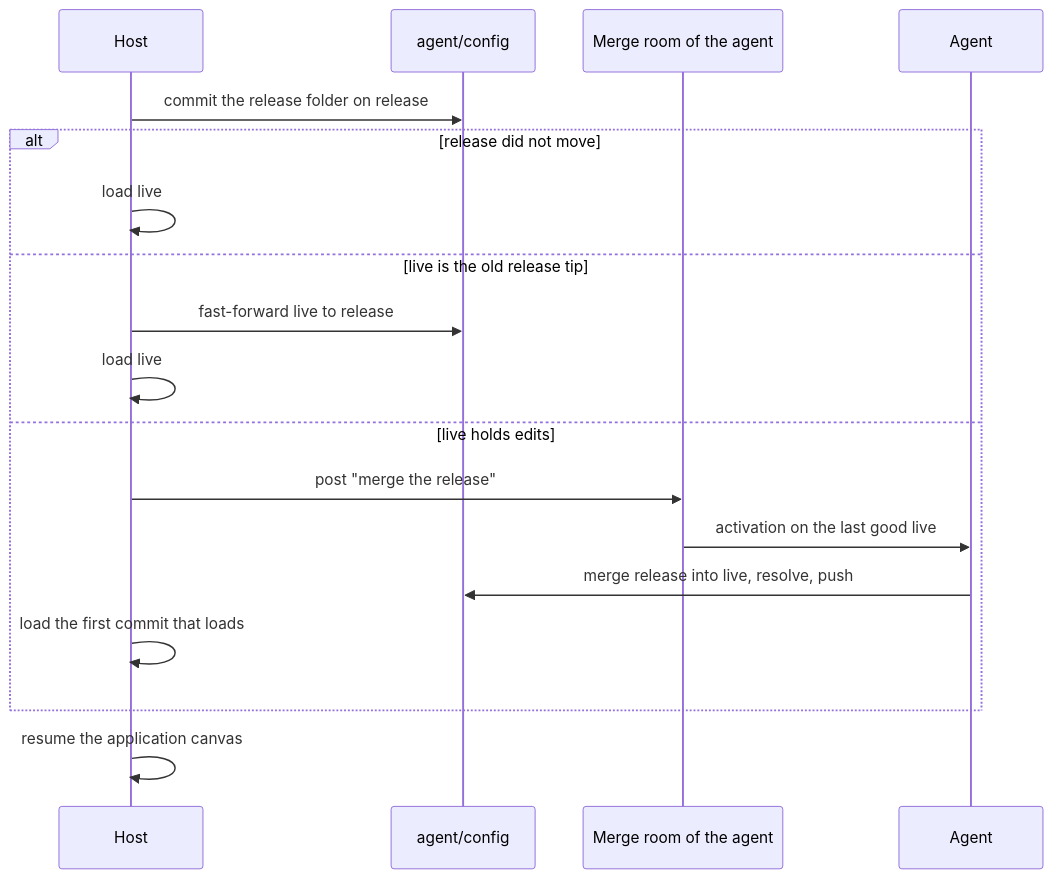
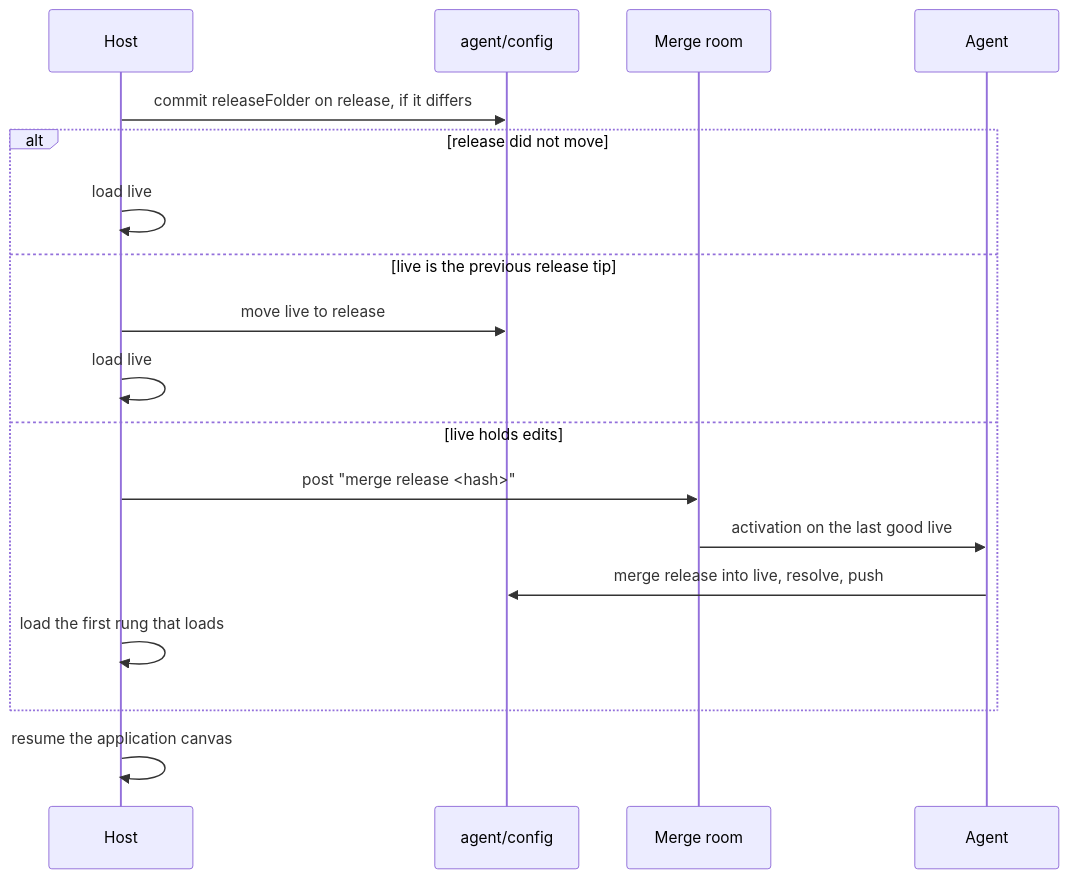
Before and after one commit to ambionframework/ambion: the second of 2 diagrams in docs/gitforeverything.md, drawn with Mermaid. The commit also changed other lines of this file and 1 other file, not shown here.

````diff
--- a/docs/gitforeverything.md
+++ b/docs/gitforeverything.md
@@ -188,20 +262,20 @@
 ```mermaid
 sequenceDiagram
   participant H as Host
   participant C as agent/config
-  participant R as Merge room of the agent
+  participant R as Merge room
   participant A as Agent
-  H->>C: commit the release folder on release
+  H->>C: commit releaseFolder on release, if it differs
   alt release did not move
     H->>H: load live
-  else live is the old release tip
-    H->>C: fast-forward live to release
+  else live is the previous release tip
+    H->>C: move live to release
     H->>H: load live
   else live holds edits
-    H->>R: post "merge the release"
+    H->>R: post "merge release <hash>"
     R->>A: activation on the last good live
     A->>C: merge release into live, resolve, push
-    H->>H: load the first commit that loads
+    H->>H: load the first rung that loads
   end
   H->>H: resume the application canvas
 ```
````
